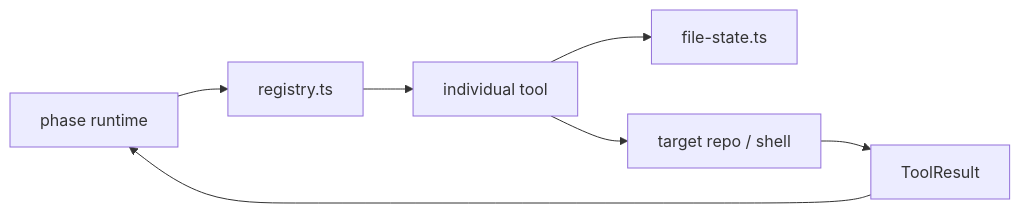
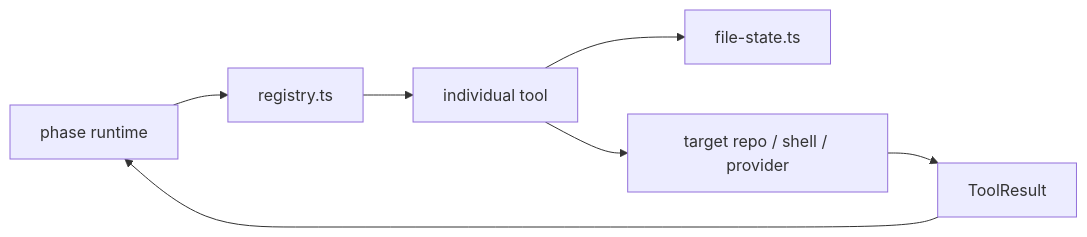
The diagram in shipyard/src/tools/README.md (thisisyoussef/shipyard), drawn with Mermaid before and after one commit. The commit also changed other lines of this file and 21 other files, not shown here.

First line of the commit message:
docs: refresh runtime architecture guides

````diff
--- a/shipyard/src/tools/README.md
+++ b/shipyard/src/tools/README.md
@@ -33,16 +49,16 @@
 ```mermaid
 flowchart LR
   Runtime["phase runtime"]
   Registry["registry.ts"]
   Tool["individual tool"]
   FileState["file-state.ts"]
-  Target["target repo / shell"]
+  Target["target repo / shell / provider"]
   Result["ToolResult"]
 
   Runtime --> Registry
   Registry --> Tool
   Tool --> FileState
   Tool --> Target
   Target --> Result
   Result --> Runtime
 ```
````
